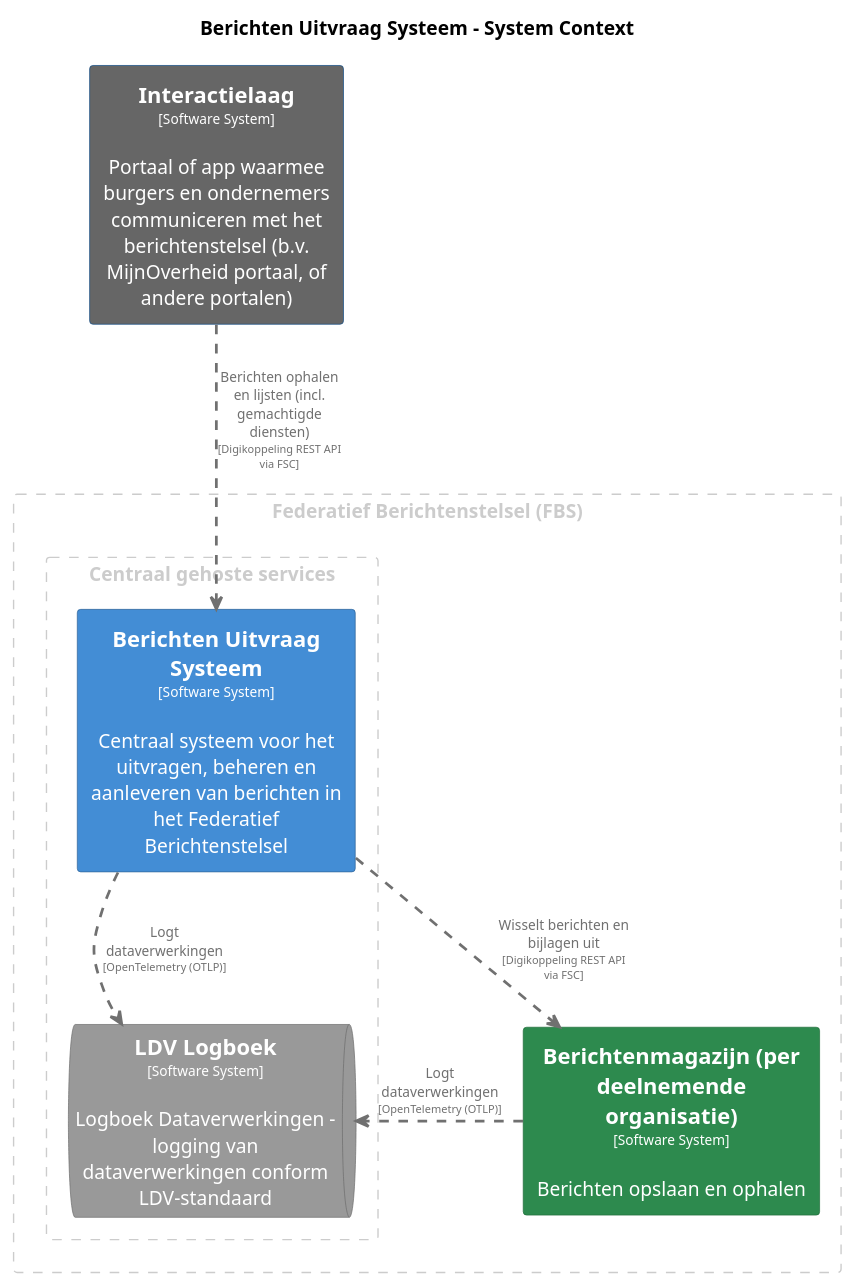
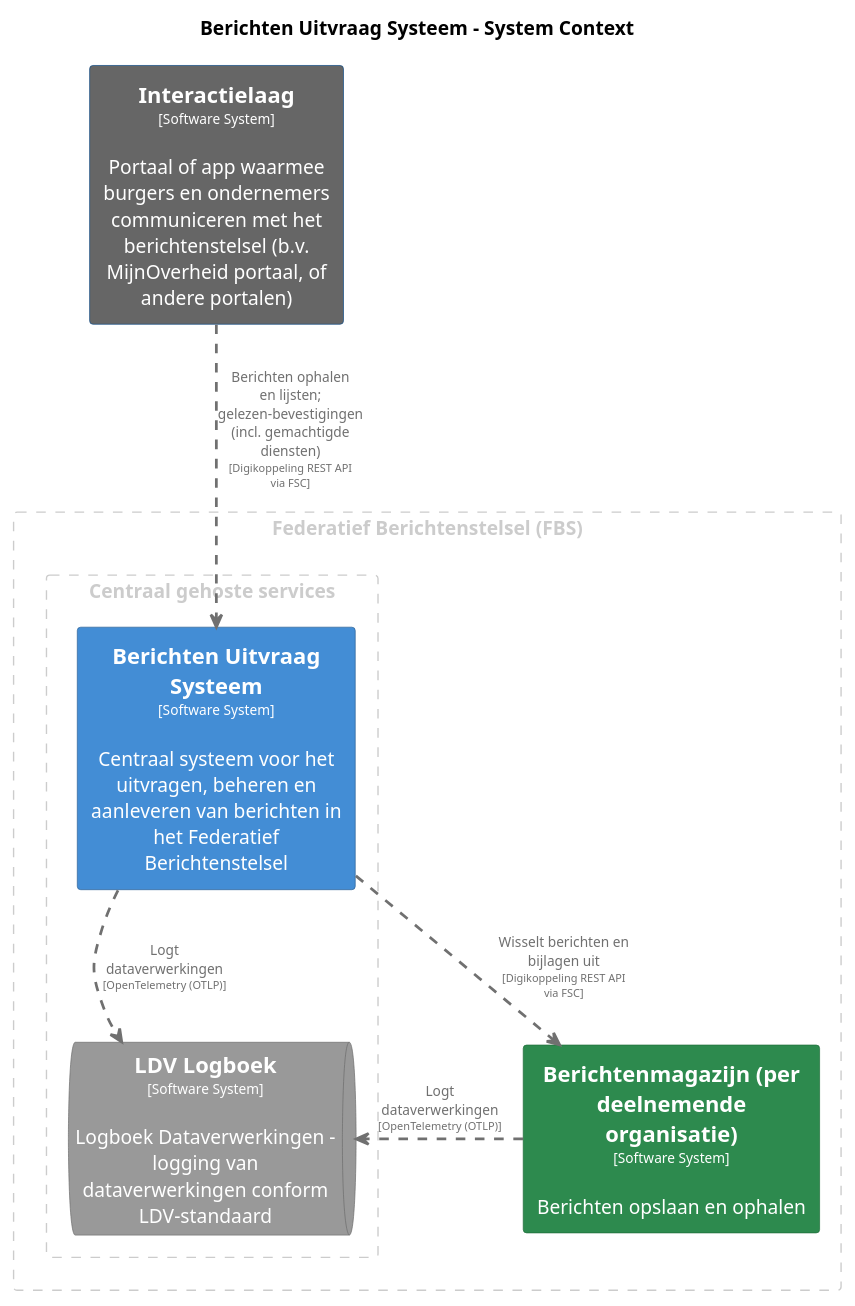
The diagram in pr-preview/pr-22/master/puml/BerichtenUitvraagSysteem.puml (MinBZK/moza-poc-fbs-berichtenbox), drawn with PlantUML before and after one commit. The commit also changed 29 other files, not shown here.

```diff
--- a/pr-preview/pr-22/master/puml/BerichtenUitvraagSysteem.puml
+++ b/pr-preview/pr-22/master/puml/BerichtenUitvraagSysteem.puml
@@ -1,66 +1,66 @@
 @startuml
 set separator none
 title Berichten Uitvraag Systeem - System Context
 
 top to bottom direction
 skinparam ranksep 60
 skinparam nodesep 30
 
 skinparam {
   arrowFontSize 10
   defaultTextAlignment center
   wrapWidth 200
   maxMessageSize 100
 }
 
 hide stereotype
 
 skinparam rectangle<<BerichtenUitvraagSysteem>> {
   BackgroundColor #438dd5
   FontColor #ffffff
   BorderColor #2e6295
   shadowing false
 }
 skinparam rectangle<<Berichtenmagazijnperdeelnemendeorganisatie>> {
   BackgroundColor #2d8a4e
   FontColor #ffffff
   BorderColor #1e6b38
   shadowing false
 }
 skinparam rectangle<<Interactielaag>> {
   BackgroundColor #666666
   FontColor #ffffff
   BorderColor #0b4884
   shadowing false
 }
 skinparam queue<<LDVLogboek>> {
   BackgroundColor #999999
   FontColor #ffffff
   BorderColor #6b6b6b
   shadowing false
 }
 
 rectangle "Federatief Berichtenstelsel (FBS)" <<group1>> as group1 {
   skinparam RectangleBorderColor<<group1>> #cccccc
   skinparam RectangleFontColor<<group1>> #cccccc
   skinparam RectangleBorderStyle<<group1>> dashed
 
   rectangle "==Berichtenmagazijn (per deelnemende organisatie)\n<size:10>[Software System]</size>\n\nBerichten opslaan en ophalen" <<Berichtenmagazijnperdeelnemendeorganisatie>> as Berichtenmagazijnperdeelnemendeorganisatie
     rectangle "Centraal gehoste services" <<group2>> as group2 {
       skinparam RectangleBorderColor<<group2>> #cccccc
       skinparam RectangleFontColor<<group2>> #cccccc
       skinparam RectangleBorderStyle<<group2>> dashed
 
       rectangle "==Berichten Uitvraag Systeem\n<size:10>[Software System]</size>\n\nCentraal systeem voor het uitvragen, beheren en aanleveren van berichten in het Federatief Berichtenstelsel" <<BerichtenUitvraagSysteem>> as BerichtenUitvraagSysteem
       queue "==LDV Logboek\n<size:10>[Software System]</size>\n\nLogboek Dataverwerkingen - logging van dataverwerkingen conform LDV-standaard" <<LDVLogboek>> as LDVLogboek
     }
 
 }
 
 rectangle "==Interactielaag\n<size:10>[Software System]</size>\n\nPortaal of app waarmee burgers en ondernemers communiceren met het berichtenstelsel (b.v. MijnOverheid portaal, of andere portalen)" <<Interactielaag>> as Interactielaag
 
 Berichtenmagazijnperdeelnemendeorganisatie .[#707070,thickness=2].> LDVLogboek : "<color:#707070>Logt dataverwerkingen\n<color:#707070><size:8>[OpenTelemetry (OTLP)]</size>"
 BerichtenUitvraagSysteem .[#707070,thickness=2].> LDVLogboek : "<color:#707070>Logt dataverwerkingen\n<color:#707070><size:8>[OpenTelemetry (OTLP)]</size>"
 BerichtenUitvraagSysteem .[#707070,thickness=2].> Berichtenmagazijnperdeelnemendeorganisatie : "<color:#707070>Wisselt berichten en bijlagen uit\n<color:#707070><size:8>[Digikoppeling REST API via FSC]</size>"
-Interactielaag .[#707070,thickness=2].> BerichtenUitvraagSysteem : "<color:#707070>Berichten ophalen en lijsten (incl. gemachtigde diensten)\n<color:#707070><size:8>[Digikoppeling REST API via FSC]</size>"
+Interactielaag .[#707070,thickness=2].> BerichtenUitvraagSysteem : "<color:#707070>Berichten ophalen en lijsten; gelezen-bevestigingen (incl. gemachtigde diensten)\n<color:#707070><size:8>[Digikoppeling REST API via FSC]</size>"
 @enduml
```
